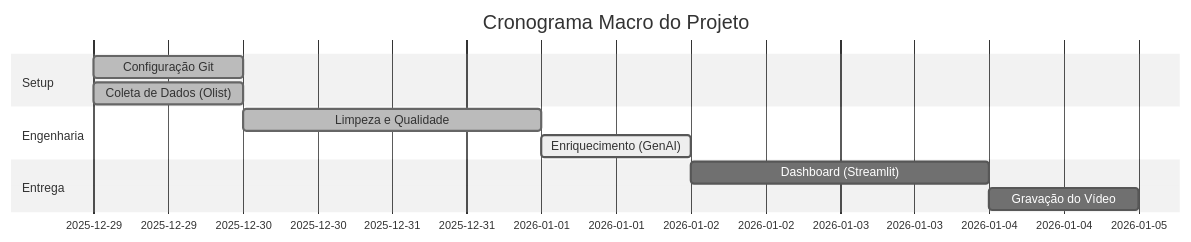
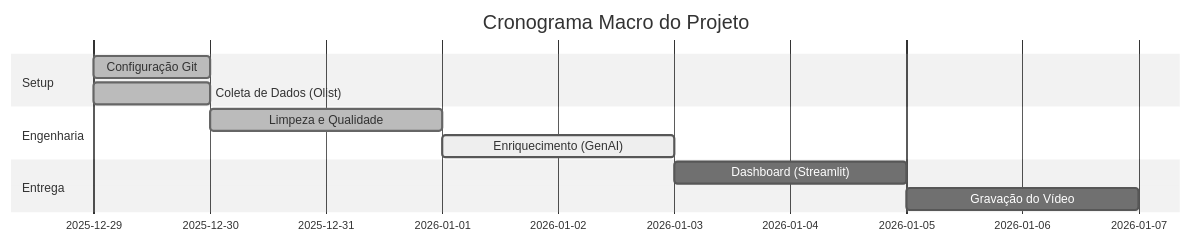
Before and after one commit to Luizrev/LUIZ_SOUZA_DDF_TECH_122025: the diagram in docs/planejamento.md, drawn with Mermaid (neutral theme). The commit also changed 1 other file, not shown here.

Commit message:
Adicionando notebook para análise de sentimento com IA usando Google Gemini

````diff
--- a/docs/planejamento.md
+++ b/docs/planejamento.md
@@ -27,14 +27,14 @@
 ```mermaid
 gantt
     title Cronograma Macro do Projeto
     dateFormat  YYYY-MM-DD
     section Setup
     Configuração Git          :done,    des1, 2025-12-29, 1d
     Coleta de Dados (Olist)   :done,    des2, 2025-12-29, 1d
     section Engenharia
     Limpeza e Qualidade       :done,  des3, after des2, 2d
-    Enriquecimento (GenAI)    :active,des4, after des3, 1d
+    Enriquecimento (GenAI)    :active,des4, after des3, 2d
     section Entrega
     Dashboard (Streamlit)     :         des5, after des4, 2d
-    Gravação do Vídeo         :         des6, after des5, 1d
+    Gravação do Vídeo         :         des6, after des5, 2d
 ```
````
